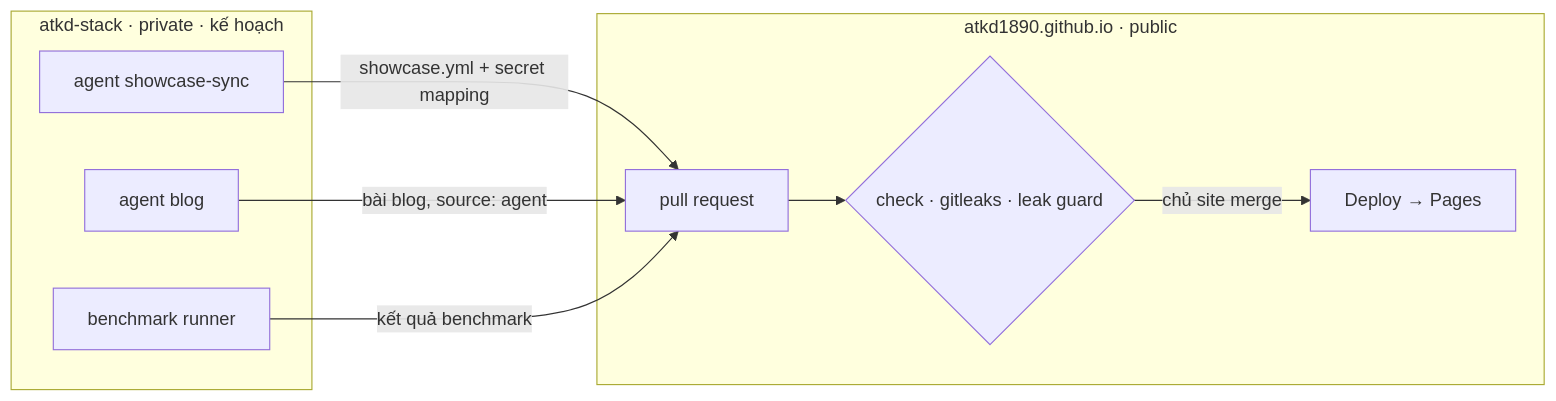
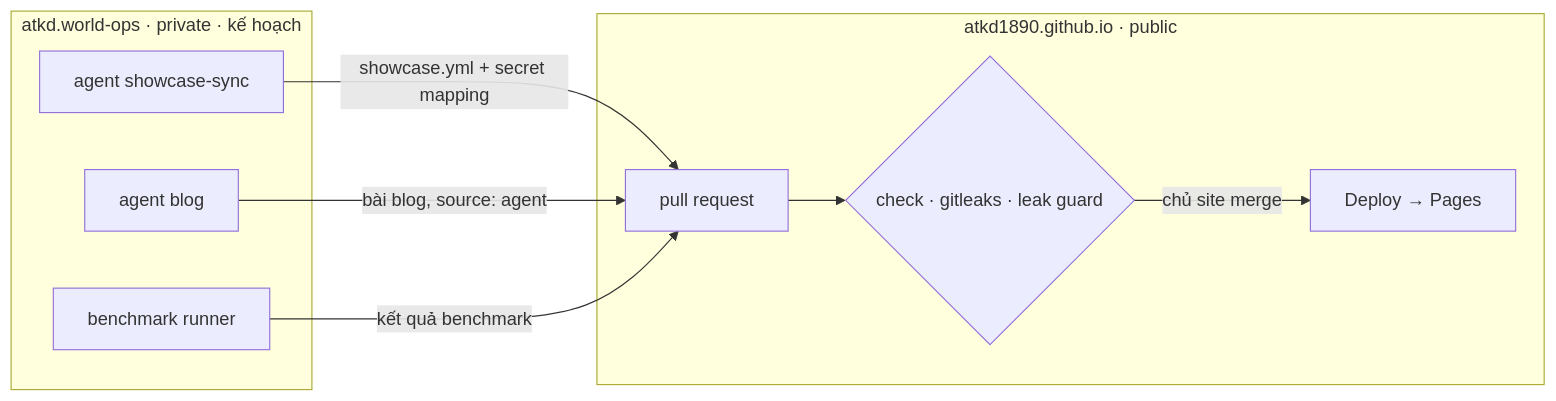
Before and after one commit to atkd1890/atkd1890.github.io: the diagram in src/lab/os.mmd, drawn with Mermaid. The commit also changed 17 other files, not shown here.

```diff
--- a/src/lab/os.mmd
+++ b/src/lab/os.mmd
@@ -1,13 +1,13 @@
 flowchart LR
-  subgraph stack["atkd-stack · private · kế hoạch"]
+  subgraph ops["atkd.world-ops · private · kế hoạch"]
     A1["agent showcase-sync"]
     A2["agent blog"]
     A3["benchmark runner"]
   end
   subgraph site["atkd1890.github.io · public"]
     PR["pull request"] --> CI{"check · gitleaks · leak guard"}
     CI -->|"chủ site merge"| D["Deploy → Pages"]
   end
   A1 -->|"showcase.yml + secret mapping"| PR
   A2 -->|"bài blog, source: agent"| PR
   A3 -->|"kết quả benchmark"| PR
```
